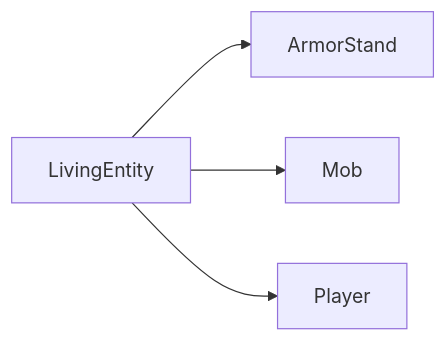
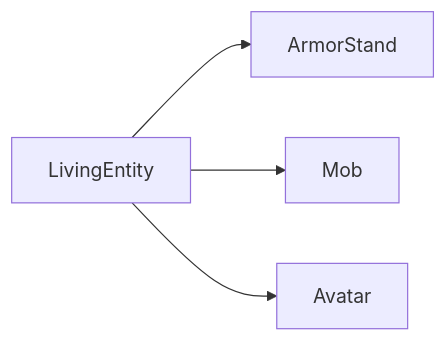
Before and after one commit to neoforged/Documentation: the first of 3 diagrams in docs/entities/livingentity.md, drawn with Mermaid. The commit also changed other lines of this file and 149 other files, not shown here.

````diff
--- a/docs/entities/livingentity.md
+++ b/docs/entities/livingentity.md
@@ -109,9 +109,9 @@
 ```mermaid
 graph LR;
     LivingEntity-->ArmorStand;
     LivingEntity-->Mob;
-    LivingEntity-->Player;
+    LivingEntity-->Avatar;
     
-    class LivingEntity,Mob,Player red;
+    class LivingEntity,Mob,Avatar red;
     class ArmorStand blue;
 ```
````
